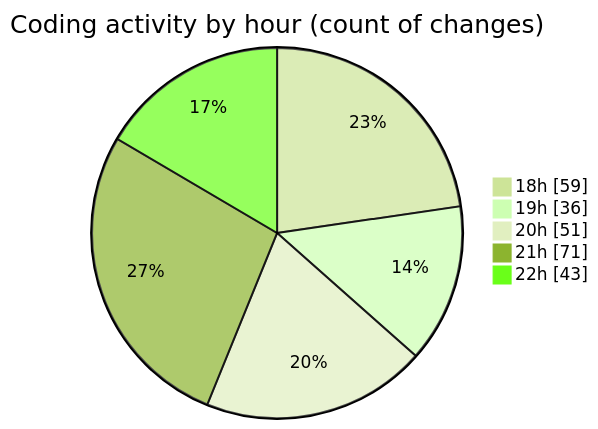
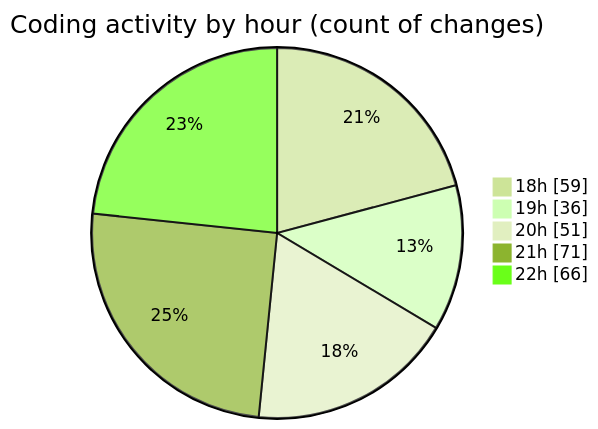
Before and after one commit to Netris89/code-tracking: the second of 2 diagrams in 2025-04-02/back-end/README.md, drawn with Mermaid (forest theme). The commit also changed other lines of this file and 1 other file, not shown here.

````diff
--- a/2025-04-02/back-end/README.md
+++ b/2025-04-02/back-end/README.md
@@ -44,9 +44,9 @@
 ```mermaid
 pie showData
 title Coding activity by hour (count of changes)
 "18h" : 59
 "19h" : 36
 "20h" : 51
 "21h" : 71
-"22h" : 43
+"22h" : 66
 ```
````
